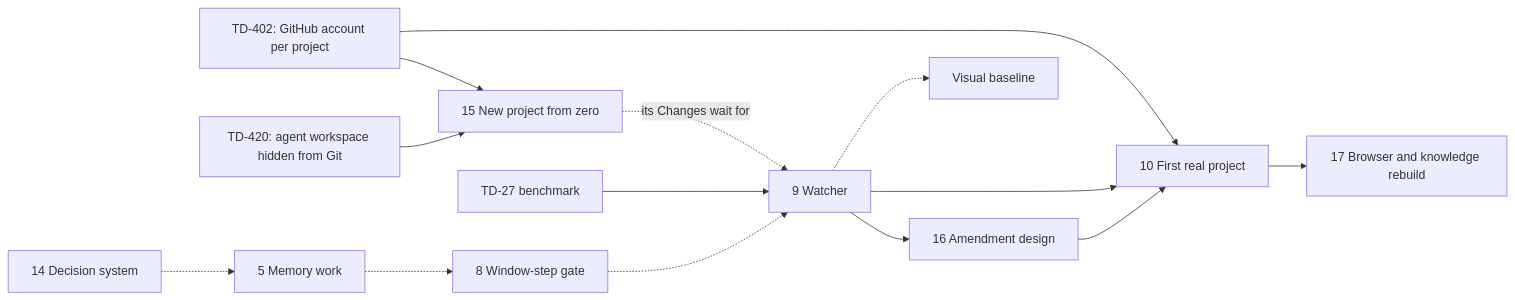
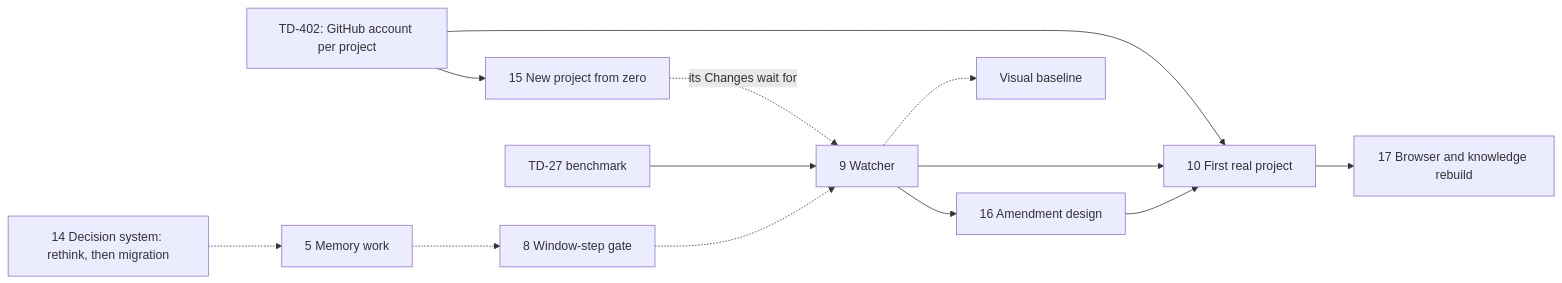
Before and after one commit to maba-pag/owlbear: the diagram in .owlbear/research/owlbear-plan.md, drawn with Mermaid. The commit also changed other lines of this file and 9 other files, not shown here.

Commit message:
docs: plan and docs after #535 to #553; decision management rethink requested; memory lives in the shared data repository

````diff
--- a/.owlbear/research/owlbear-plan.md
+++ b/.owlbear/research/owlbear-plan.md
@@ -100,16 +104,15 @@
 ```mermaid
 flowchart LR
   A402["TD-402: GitHub account per project"] --> I15["15 New project from zero"]
-  A420["TD-420: agent workspace hidden from Git"] --> I15
   A402 --> I10["10 First real project"]
-  I14["14 Decision system"] -.-> I5["5 Memory work"]
+  I14["14 Decision system: rethink, then migration"] -.-> I5["5 Memory work"]
   I5 -.-> I8["8 Window-step gate"]
   I8 -.-> I9["9 Watcher"]
   B27["TD-27 benchmark"] --> I9
   I9 --> I16["16 Amendment design"]
   I16 --> I10
   I9 --> I10
   I15 -. its Changes wait for .-> I9
   I10 --> I17["17 Browser and knowledge rebuild"]
   I9 -.-> VB["Visual baseline"]
 ```
````
